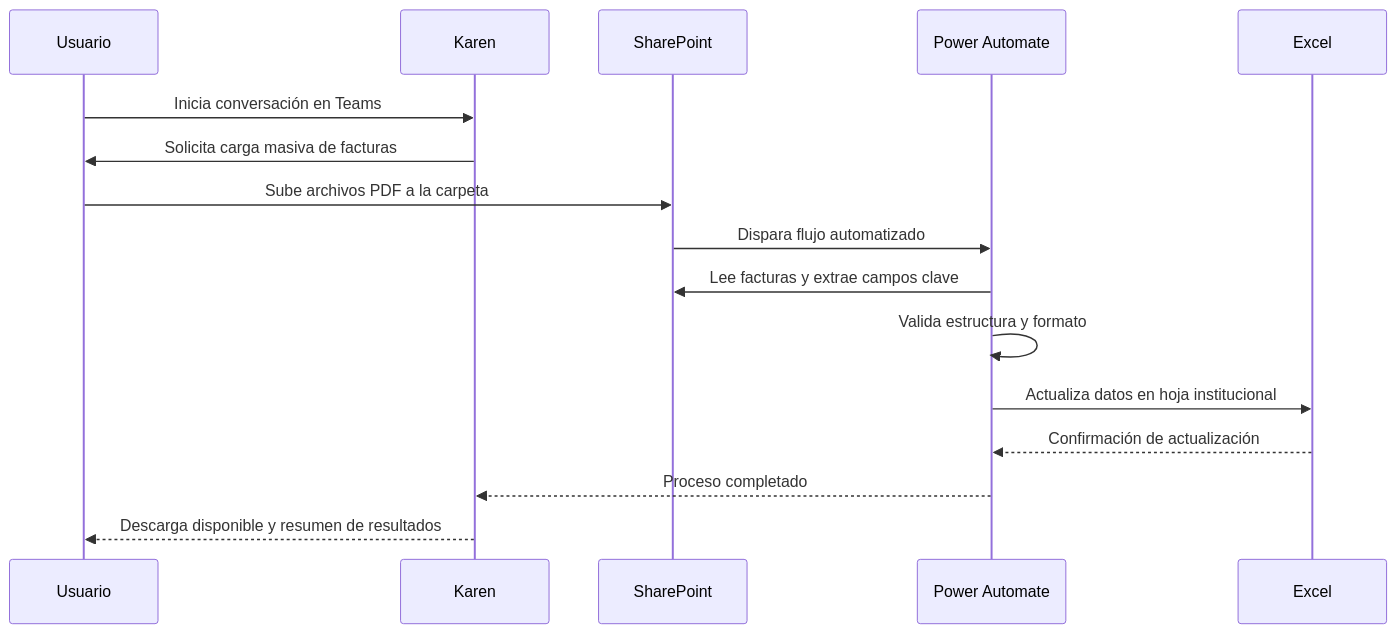
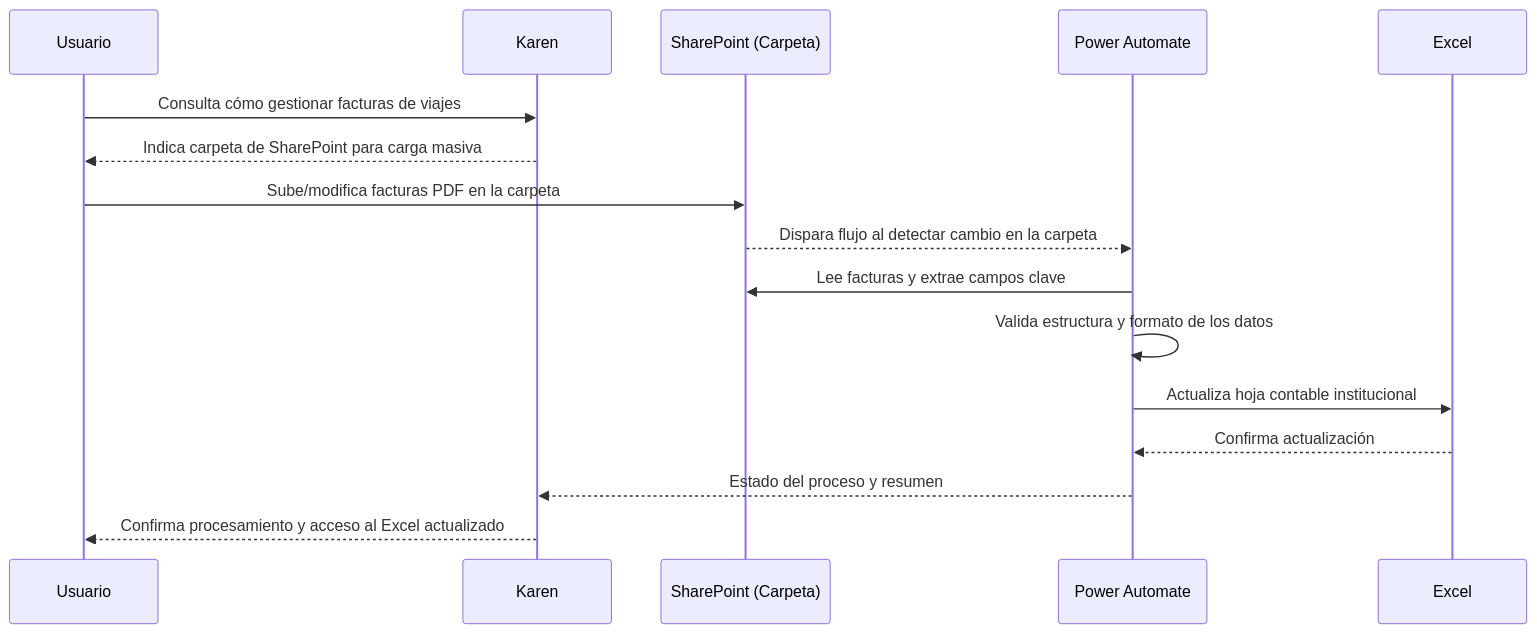
The second of 2 diagrams in README.md (lab-innovacion-caf/Agentes), drawn with Mermaid before and after one commit. The commit also changed other lines of this file, not shown here.

````diff
--- a/README.md
+++ b/README.md
@@ -101,19 +107,19 @@
 ```mermaid
 sequenceDiagram
     participant Usuario
     participant Karen
-    participant SP as SharePoint
+    participant SP as SharePoint (Carpeta)
     participant PA as Power Automate
     participant Excel
 
-    Usuario->>Karen: Inicia conversación en Teams
-    Karen->>Usuario: Solicita carga masiva de facturas
-    Usuario->>SP: Sube archivos PDF a la carpeta
-    SP->>PA: Dispara flujo automatizado
+    Usuario->>Karen: Consulta cómo gestionar facturas de viajes
+    Karen-->>Usuario: Indica carpeta de SharePoint para carga masiva
+    Usuario->>SP: Sube/modifica facturas PDF en la carpeta
+    SP-->>PA: Dispara flujo al detectar cambio en la carpeta
     PA->>SP: Lee facturas y extrae campos clave
-    PA->>PA: Valida estructura y formato
-    PA->>Excel: Actualiza datos en hoja institucional
-    Excel-->>PA: Confirmación de actualización
-    PA-->>Karen: Proceso completado
-    Karen-->>Usuario: Descarga disponible y resumen de resultados
+    PA->>PA: Valida estructura y formato de los datos
+    PA->>Excel: Actualiza hoja contable institucional
+    Excel-->>PA: Confirma actualización
+    PA-->>Karen: Estado del proceso y resumen
+    Karen-->>Usuario: Confirma procesamiento y acceso al Excel actualizado
 ```
````
